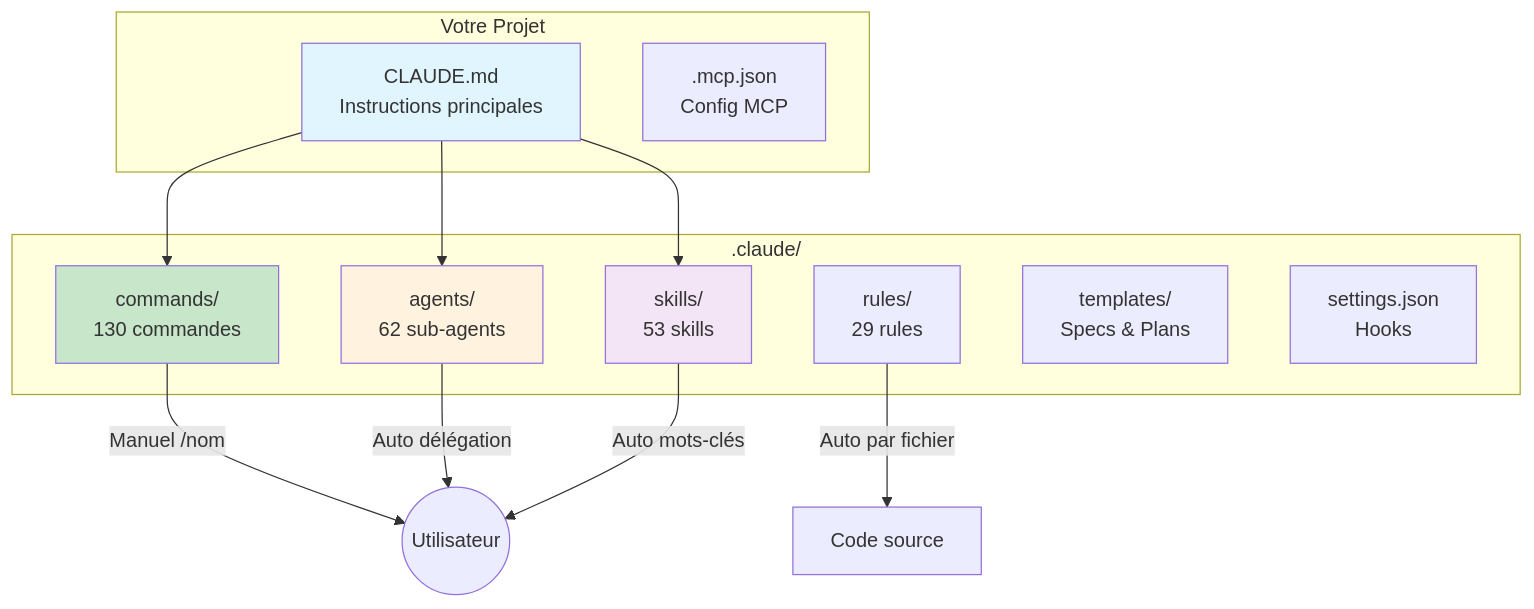
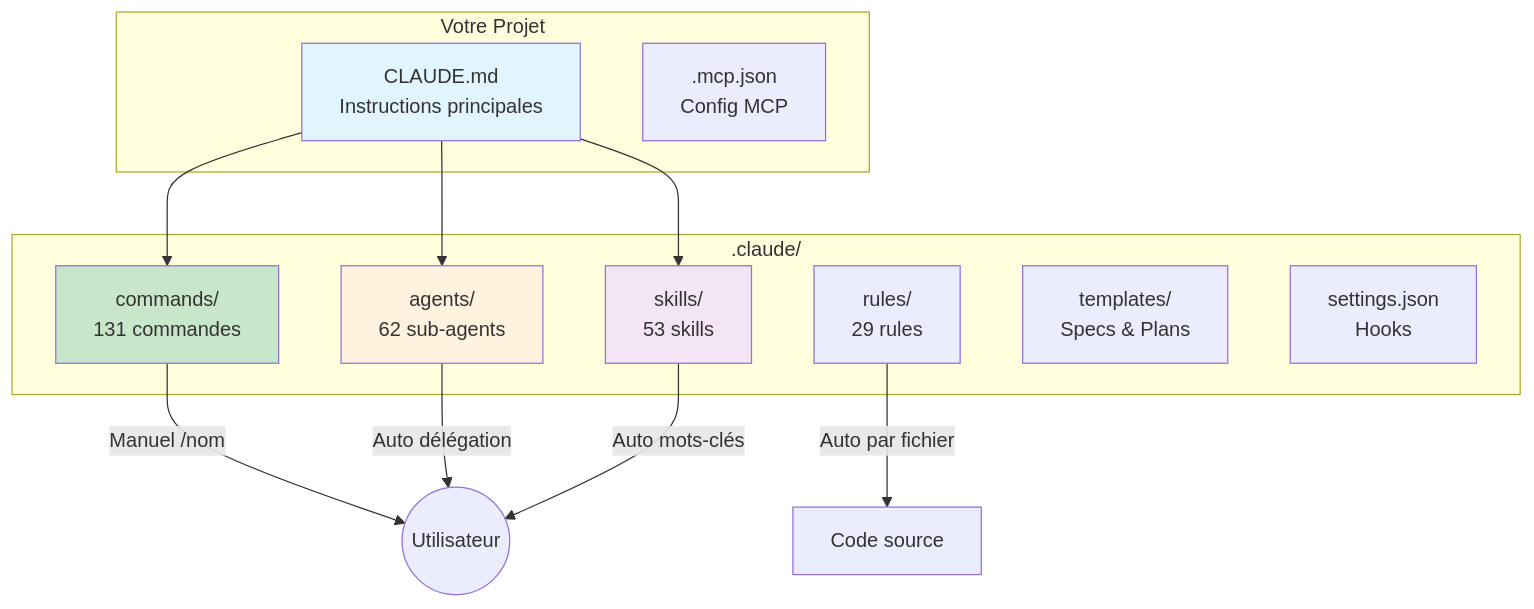
Before and after one commit to christopherlouet/claude-base: the first of 2 diagrams in website/docs/intro/architecture.md, drawn with Mermaid. The commit also changed other lines of this file and 6 other files, not shown here.

````diff
--- a/website/docs/intro/architecture.md
+++ b/website/docs/intro/architecture.md
@@ -15,30 +15,30 @@
 ```mermaid
 graph TB
     subgraph "Votre Projet"
         CLAUDE[CLAUDE.md<br/>Instructions principales]
         MCP[.mcp.json<br/>Config MCP]
     end
 
     subgraph ".claude/"
-        CMDS[commands/<br/>130 commandes]
+        CMDS[commands/<br/>131 commandes]
         AGENTS[agents/<br/>62 sub-agents]
         SKILLS[skills/<br/>53 skills]
         RULES[rules/<br/>29 rules]
         TPL[templates/<br/>Specs & Plans]
         SETTINGS[settings.json<br/>Hooks]
     end
 
     CLAUDE --> CMDS
     CLAUDE --> AGENTS
     CLAUDE --> SKILLS
 
     CMDS --> |"Manuel /nom"| USER((Utilisateur))
     AGENTS --> |"Auto délégation"| USER
     SKILLS --> |"Auto mots-clés"| USER
     RULES --> |"Auto par fichier"| CODE[Code source]
 
     style CLAUDE fill:#e1f5fe
     style CMDS fill:#c8e6c9
     style AGENTS fill:#fff3e0
     style SKILLS fill:#f3e5f5
 ```
````
